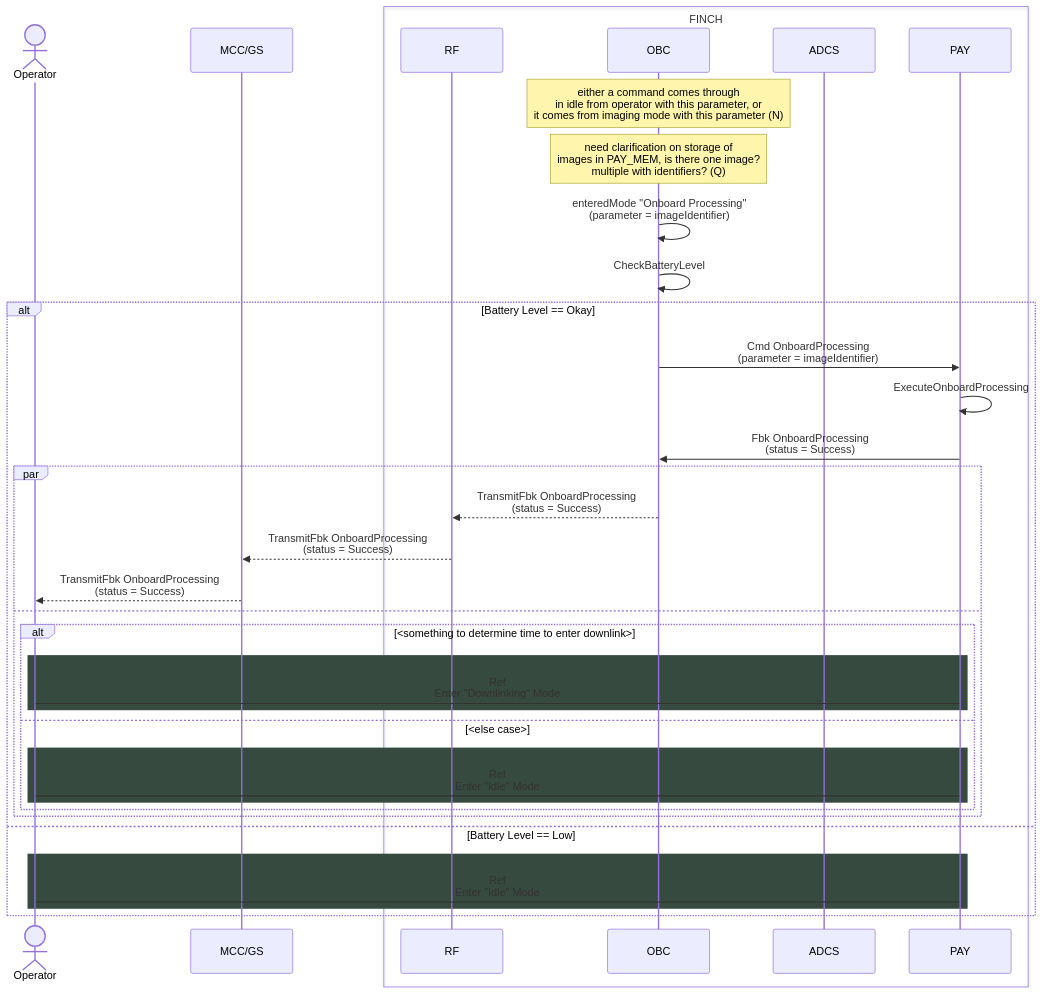
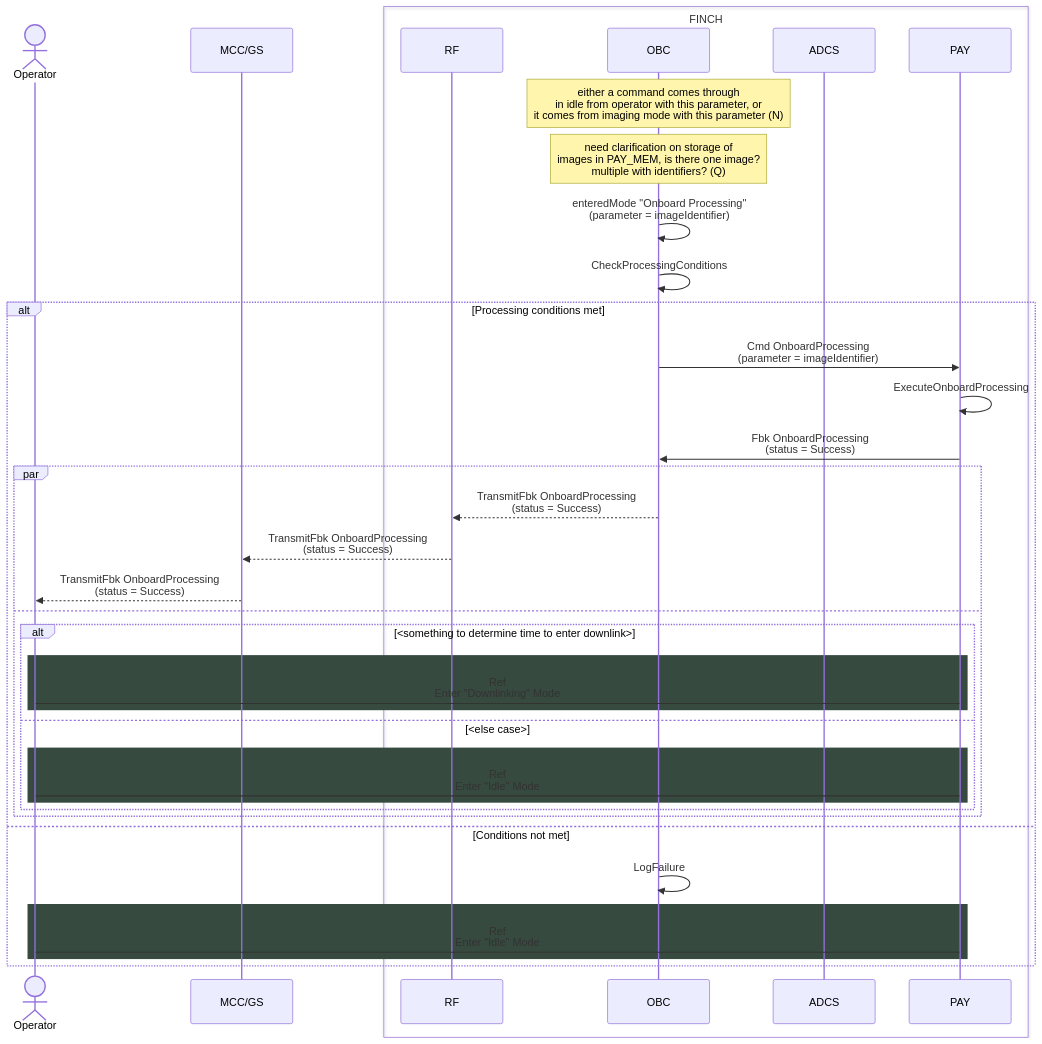
The diagram in command sequences/onboard-processing-command.md (Addy-lit/FINCH-system-architecture), drawn with Mermaid before and after one commit.

````diff
--- a/command sequences/onboard-processing-command.md
+++ b/command sequences/onboard-processing-command.md
@@ -2,43 +2,44 @@
 ```mermaid
 
 sequenceDiagram
     Actor Operator
     participant MCC/GS
     box FINCH
         participant RF
         participant OBC
         participant ADCS
         participant PAY
     end
 
 	note over OBC: either a command comes through <br> in idle from operator with this parameter, or <br> it comes from imaging mode with this parameter (N)
 	note over OBC: need clarification on storage of <br> images in PAY_MEM, is there one image? <br> multiple with identifiers? (Q)
 	OBC ->> OBC: enteredMode "Onboard Processing" <br> (parameter = imageIdentifier)
 
-    OBC ->> OBC: CheckBatteryLevel
-    alt Battery Level == Okay
+    OBC ->> OBC: CheckProcessingConditions
+    alt Processing conditions met
         OBC ->> PAY: Cmd OnboardProcessing <br> (parameter = imageIdentifier)
         PAY ->> PAY: ExecuteOnboardProcessing
         PAY ->> OBC: Fbk OnboardProcessing <br> (status = Success)
       
         par
             OBC -->> RF: TransmitFbk OnboardProcessing <br> (status = Success)
             RF -->> MCC/GS: TransmitFbk OnboardProcessing <br> (status = Success)
             MCC/GS -->> Operator: TransmitFbk OnboardProcessing <br> (status = Success)
         and
 			alt <something to determine time to enter downlink>
             	rect rgb(54,74,63)
       	        	Operator -> PAY: Ref <br/> Enter "Downlinking" Mode
             	end
 			else <else case>
 	      		rect rgb(54,74,63)
       	        	Operator -> PAY: Ref <br/> Enter "Idle" Mode
             	end
 			end
         end
-    else Battery Level ==  Low
+    else Conditions not met
+		OBC ->> OBC: LogFailure
         rect rgb(54,74,63)
 	        Operator -> PAY: Ref <br/> Enter "Idle" Mode
         end
     end
 ```
````
